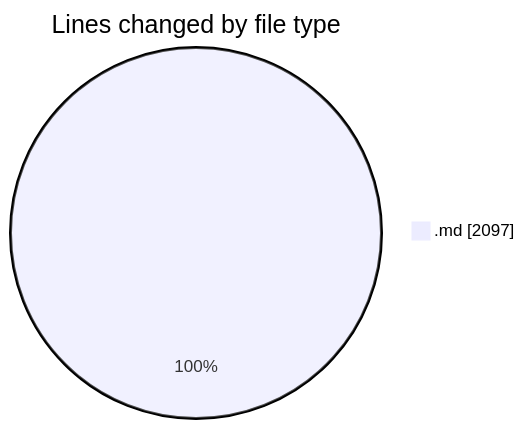
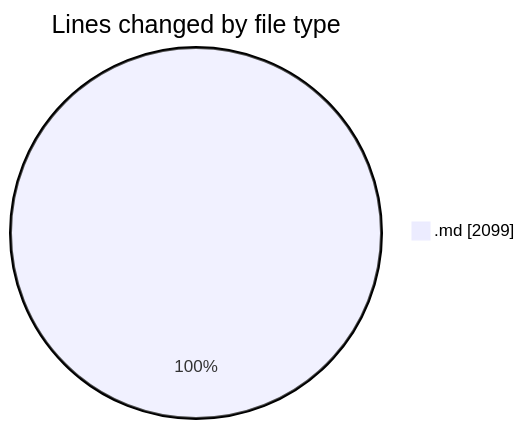
Before and after one commit to Ritupan-Deka/code-tracking: the first of 2 diagrams in 2025-07-07/urlwebwala_intership_work/README.md, drawn with Mermaid. The commit also changed other lines of this file and 1 other file, not shown here.

````diff
--- a/2025-07-07/urlwebwala_intership_work/README.md
+++ b/2025-07-07/urlwebwala_intership_work/README.md
@@ -22,5 +22,5 @@
 ```mermaid
 pie showData
 title Lines changed by file type
-".md" : 2097
+".md" : 2099
 ```
````
